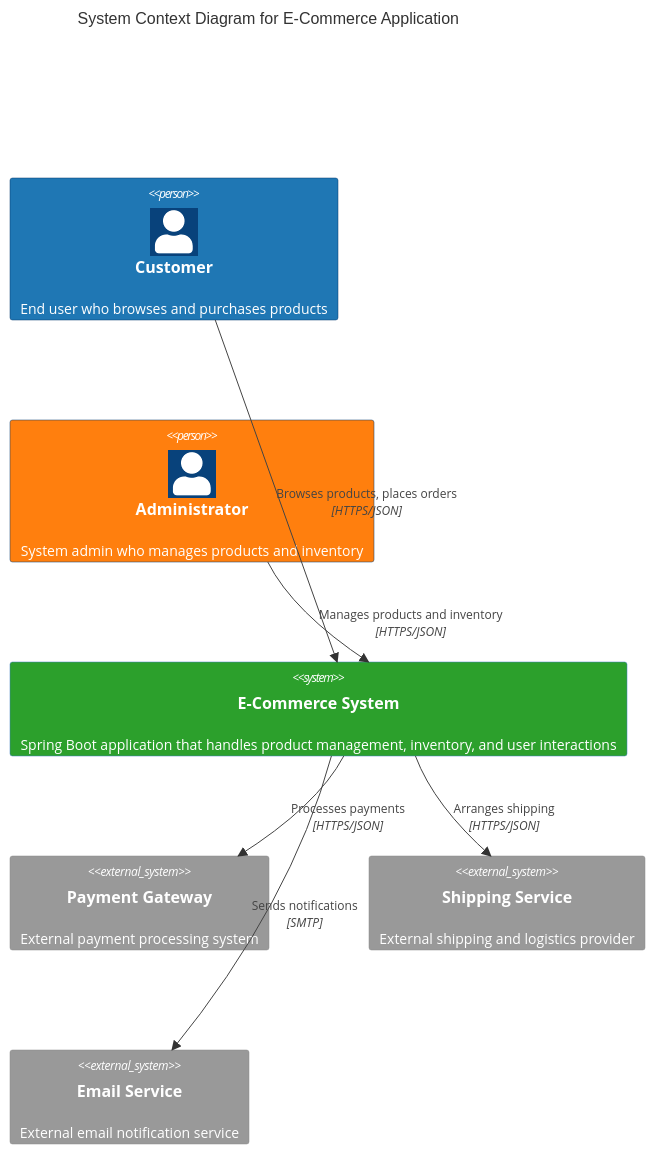
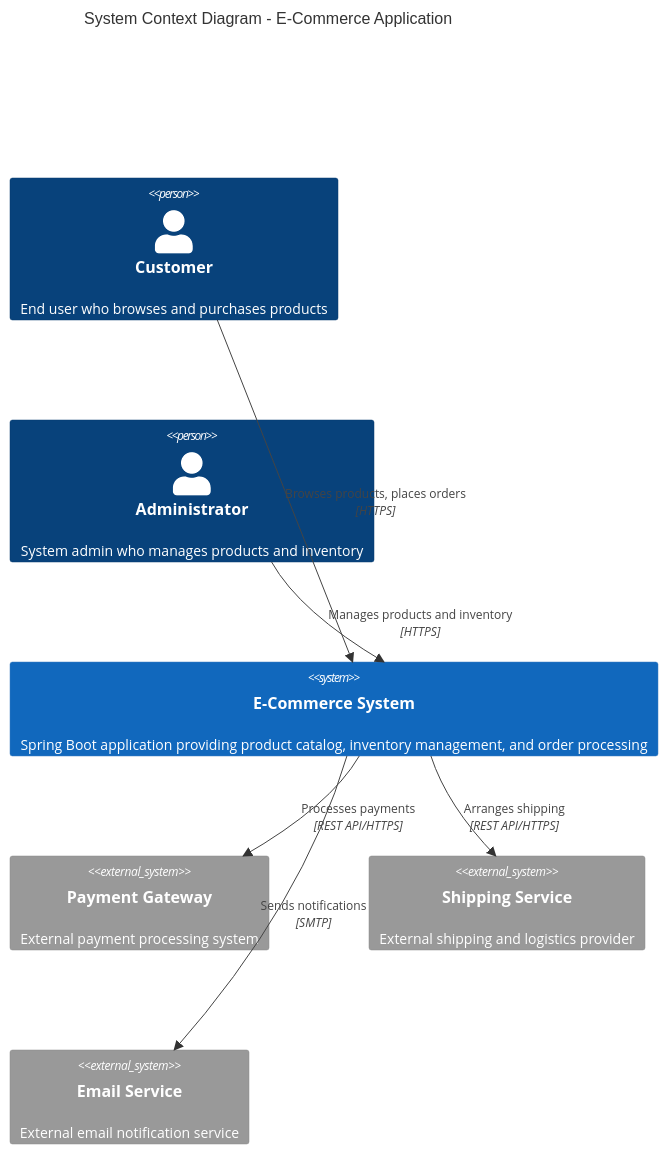
One commit to NavneetBN47/aava-ecom-demo changed the first of 2 diagrams in docs/HLD/hld.md. Above: the diagram before and after it, drawn with Mermaid. The commit also changed other lines of this file, not shown here.

````diff
--- a/docs/HLD/hld.md
+++ b/docs/HLD/hld.md
@@ -17,23 +20,21 @@
 ```mermaid
 C4Context
-    title System Context Diagram for E-Commerce Application
+    title System Context Diagram - E-Commerce Application
     
     Person(customer, "Customer", "End user who browses and purchases products")
     Person(admin, "Administrator", "System admin who manages products and inventory")
     
-    System(ecommerce, "E-Commerce System", "Spring Boot application that handles product management, inventory, and user interactions")
+    System(ecommerce, "E-Commerce System", "Spring Boot application providing product catalog, inventory management, and order processing")
     
     System_Ext(payment, "Payment Gateway", "External payment processing system")
     System_Ext(shipping, "Shipping Service", "External shipping and logistics provider")
     System_Ext(email, "Email Service", "External email notification service")
     
-    Rel(customer, ecommerce, "Browses products, places orders", "HTTPS/JSON")
-    Rel(admin, ecommerce, "Manages products and inventory", "HTTPS/JSON")
-    Rel(ecommerce, payment, "Processes payments", "HTTPS/JSON")
-    Rel(ecommerce, shipping, "Arranges shipping", "HTTPS/JSON")
+    Rel(customer, ecommerce, "Browses products, places orders", "HTTPS")
+    Rel(admin, ecommerce, "Manages products and inventory", "HTTPS")
+    Rel(ecommerce, payment, "Processes payments", "REST API/HTTPS")
+    Rel(ecommerce, shipping, "Arranges shipping", "REST API/HTTPS")
     Rel(ecommerce, email, "Sends notifications", "SMTP")
     
-    UpdateElementStyle(customer, $fontColor="white", $bgColor="#1f77b4")
-    UpdateElementStyle(admin, $fontColor="white", $bgColor="#ff7f0e")
-    UpdateElementStyle(ecommerce, $fontColor="white", $bgColor="#2ca02c")
+    UpdateLayoutConfig($c4ShapeInRow="3", $c4BoundaryInRow="2")
 ```
````
